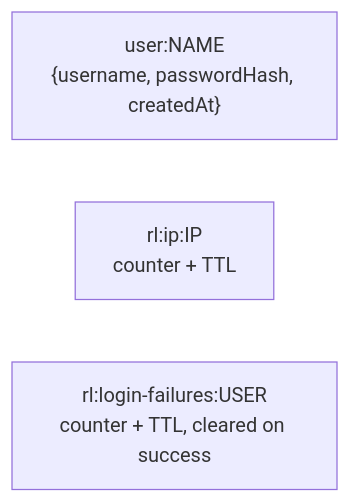
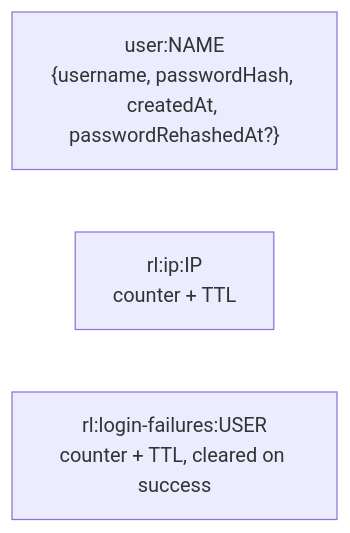
Before and after one commit to ArashM0z/auth-api: the eighth of 13 diagrams in docs/diagrams.md, drawn with Mermaid. The commit also changed other lines of this file and 11 other files, not shown here.

````diff
--- a/docs/diagrams.md
+++ b/docs/diagrams.md
@@ -131,6 +131,6 @@
 ```mermaid
 flowchart LR
-  U["user:NAME<br/>{username, passwordHash, createdAt}"]
+  U["user:NAME<br/>{username, passwordHash, createdAt, passwordRehashedAt?}"]
   I["rl:ip:IP<br/>counter + TTL"]
   F["rl:login-failures:USER<br/>counter + TTL, cleared on success"]
 ```
````
